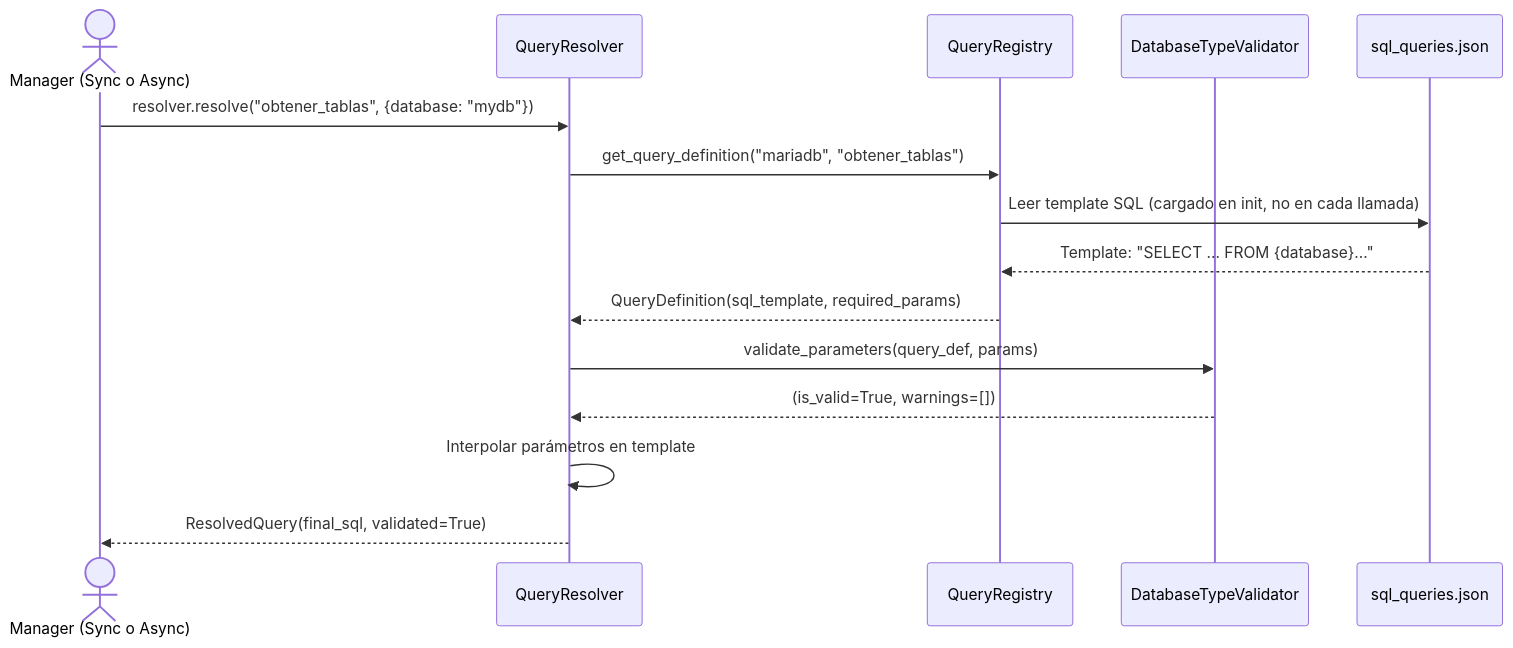
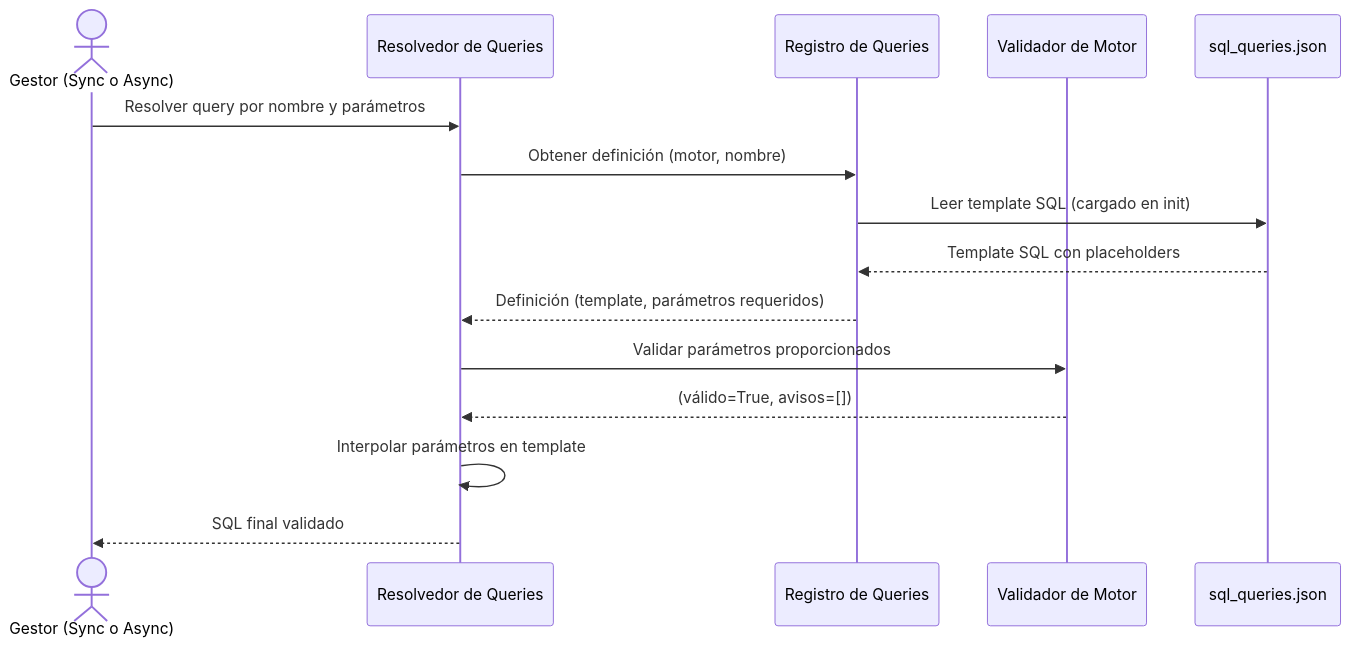
The diagram in docs/functional/query-registry.md (fmanza/util_bbdd), drawn with Mermaid before and after one commit. The commit also changed other lines of this file and 117 other files, not shown here.

````diff
--- a/docs/functional/query-registry.md
+++ b/docs/functional/query-registry.md
@@ -15,20 +29,20 @@
 ```mermaid
 sequenceDiagram
-    actor Mgr as Manager (Sync o Async)
-    participant Res as QueryResolver
-    participant Reg as QueryRegistry
-    participant Val as DatabaseTypeValidator
+    actor Mgr as Gestor (Sync o Async)
+    participant Res as Resolvedor de Queries
+    participant Reg as Registro de Queries
+    participant Val as Validador de Motor
     participant JSON as sql_queries.json
 
-    Mgr->>Res: resolver.resolve("obtener_tablas", {database: "mydb"})
-    Res->>Reg: get_query_definition("mariadb", "obtener_tablas")
-    Reg->>JSON: Leer template SQL (cargado en init, no en cada llamada)
-    JSON-->>Reg: Template: "SELECT ... FROM {database}..."
-    Reg-->>Res: QueryDefinition(sql_template, required_params)
+    Mgr->>Res: Resolver query por nombre y parámetros
+    Res->>Reg: Obtener definición (motor, nombre)
+    Reg->>JSON: Leer template SQL (cargado en init)
+    JSON-->>Reg: Template SQL con placeholders
+    Reg-->>Res: Definición (template, parámetros requeridos)
 
-    Res->>Val: validate_parameters(query_def, params)
-    Val-->>Res: (is_valid=True, warnings=[])
+    Res->>Val: Validar parámetros proporcionados
+    Val-->>Res: (válido=True, avisos=[])
 
     Res->>Res: Interpolar parámetros en template
-    Res-->>Mgr: ResolvedQuery(final_sql, validated=True)
+    Res-->>Mgr: SQL final validado
 ```
````
